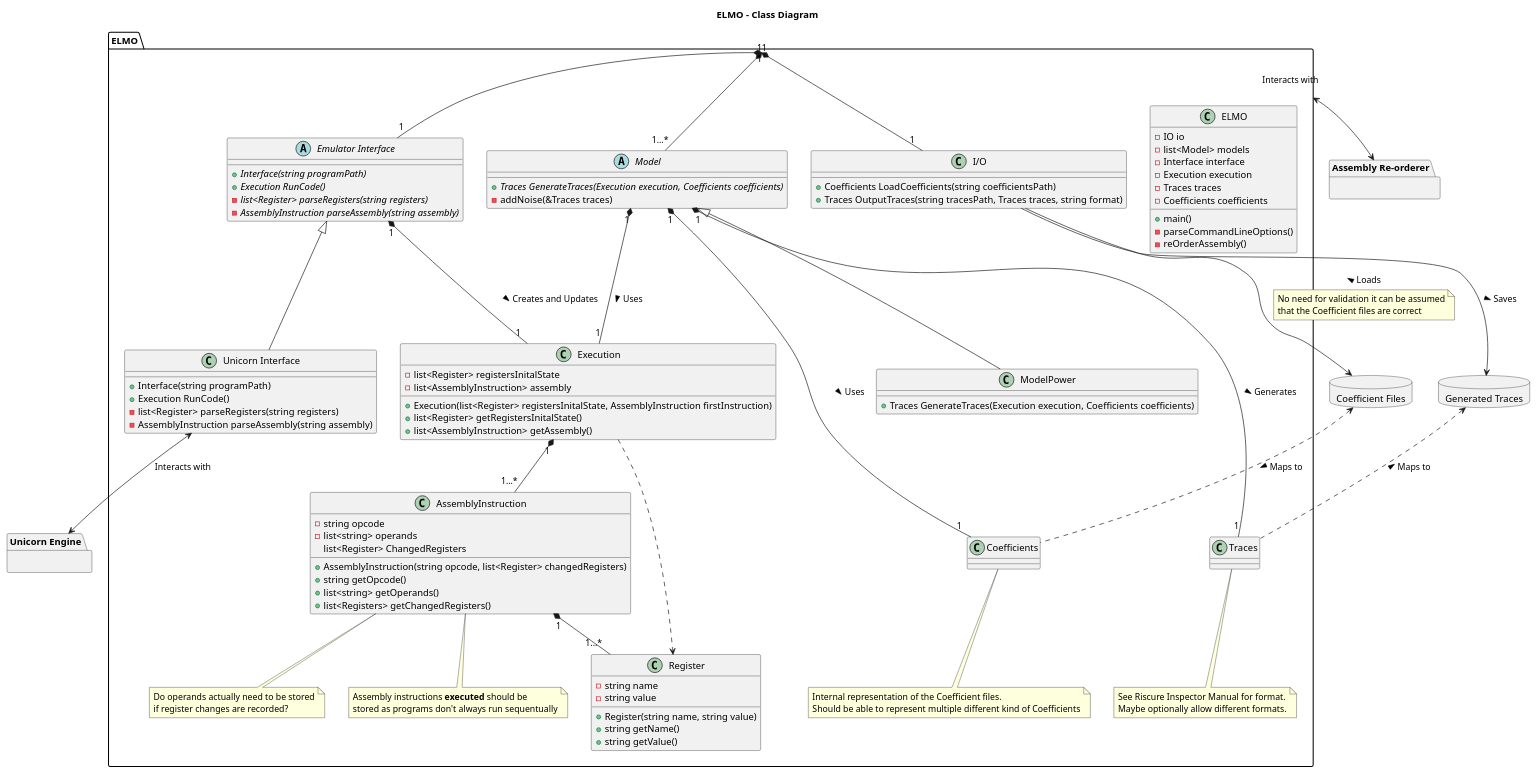
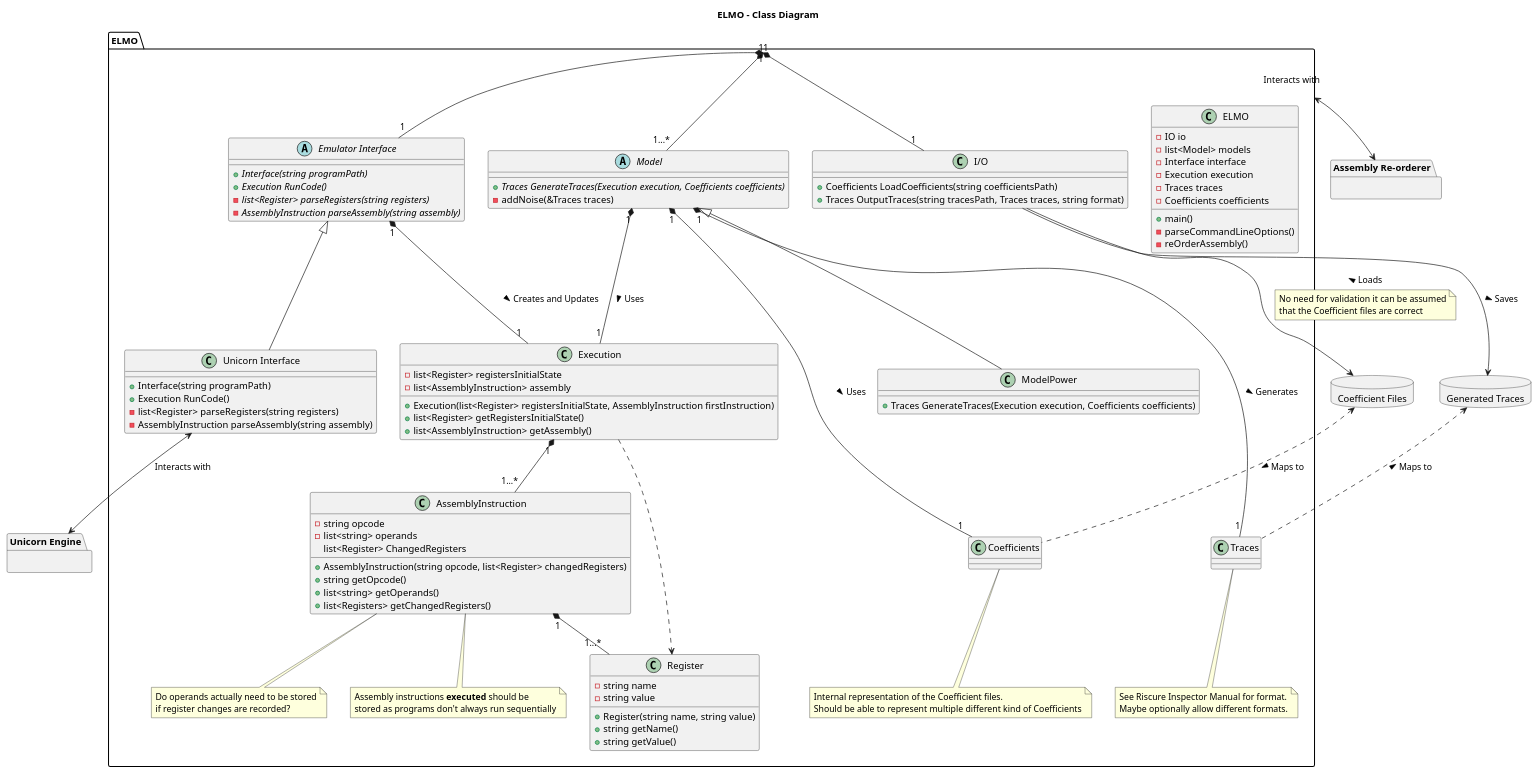
Before and after one commit to sca-research/GILES: the diagram in uml/Class.plantuml, drawn with PlantUML. The commit also changed 10 other files, not shown here.

```diff
--- a/uml/Class.plantuml
+++ b/uml/Class.plantuml
@@ -1,140 +1,140 @@
 @startuml
 
 title ELMO - Class Diagram
 
 package ELMO {
     class ELMO {
     -IO io
     -list<Model> models
     -Interface interface
     -Execution execution
     -Traces traces
     -Coefficients coefficients
     +main()
     -parseCommandLineOptions()
     -reOrderAssembly()
     }
 
     class "I/O" as IO {
     +Coefficients LoadCoefficients(string coefficientsPath)
     +Traces OutputTraces(string tracesPath, Traces traces, string format)
     }
 
     abstract class "Emulator Interface" {
         {abstract} +Interface(string programPath)
         {abstract} +Execution RunCode()
         {abstract} -list<Register> parseRegisters(string registers)
         {abstract} -AssemblyInstruction parseAssembly(string assembly)
     }
 
     class "Unicorn Interface" {
         +Interface(string programPath)
         +Execution RunCode()
         -list<Register> parseRegisters(string registers)
         -AssemblyInstruction parseAssembly(string assembly)
     }
 
     abstract class "Model" {
     +{abstract} Traces GenerateTraces(Execution execution, Coefficients coefficients)
     -addNoise(&Traces traces)
     }
 
     class ModelPower {
     +Traces GenerateTraces(Execution execution, Coefficients coefficients)
     }
 
     class Execution {
-        -list<Register> registersInitalState
+        -list<Register> registersInitialState
         -list<AssemblyInstruction> assembly
-        +Execution(list<Register> registersInitalState, AssemblyInstruction firstInstruction)
-        +list<Register> getRegistersInitalState()
+        +Execution(list<Register> registersInitialState, AssemblyInstruction firstInstruction)
+        +list<Register> getRegistersInitialState()
         +list<AssemblyInstruction> getAssembly()
     }
 
     class AssemblyInstruction {
         -string opcode
         -list<string> operands
         list<Register> ChangedRegisters
         +AssemblyInstruction(string opcode, list<Register> changedRegisters)
         +string getOpcode()
         +list<string> getOperands()
         +list<Registers> getChangedRegisters()
     }
     note bottom of AssemblyInstruction
         Do operands actually need to be stored
         if register changes are recorded?
     end note
     note bottom of AssemblyInstruction
         Assembly instructions <b>executed</b> should be
-        stored as programs don't always run sequentually
+        stored as programs don't always run sequentially
     end note
 
     class Register {
         -string name
         -string value
         +Register(string name, string value)
         +string getName()
         +string getValue()
     }
 
     class "Traces" {
     }
     note bottom of Traces
         See Riscure Inspector Manual for format.
         Maybe optionally allow different formats.
     end note
 
     class "Coefficients" {
     }
     note bottom of Coefficients
         Internal representation of the Coefficient files.
         Should be able to represent multiple different kind of Coefficients
     end note
 }
 
 package "Unicorn Engine" {
 }
 
 package "Assembly Re-orderer" {
 }
 
 package "Coefficient Files" <<Database>> {
 }
 
 package "Generated Traces" <<Database>> {
 }
 
 Model <|-- ModelPower
 "Emulator Interface" <|-- "Unicorn Interface"
 
 ELMO "1"*-- "1" IO
 ELMO "1"*-- "1" "Emulator Interface"
 ELMO  <--> "Assembly Re-orderer" : Interacts with
 ELMO "1"*--"1...*" Model
 
 Model "1"*--"1" Coefficients : Uses >
 Model "1"*--"1" Execution : Uses >
 Model "1"*--"1" Traces : Generates >
 
 "Unicorn Interface" <--> "Unicorn Engine" : Interacts with
 
 "Emulator Interface" "1"*--"1" Execution : Creates and Updates >
 "Execution" "1"*--"1...*" AssemblyInstruction
 
 AssemblyInstruction "1"*--"1...*" Register
 Execution ..> Register
 
 IO --> "Coefficient Files" : Loads <
 note on link
     No need for validation it can be assumed
     that the Coefficient files are correct
 end note
 IO --> "Generated Traces" : Saves >
 
 "Coefficient Files" <.. Coefficients : Maps to >
 "Generated Traces" <.. Traces : Maps to <
 
 ModelPower -[hidden]- Coefficients
 ModelPower -[hidden]- Traces
 
 @enduml
```
